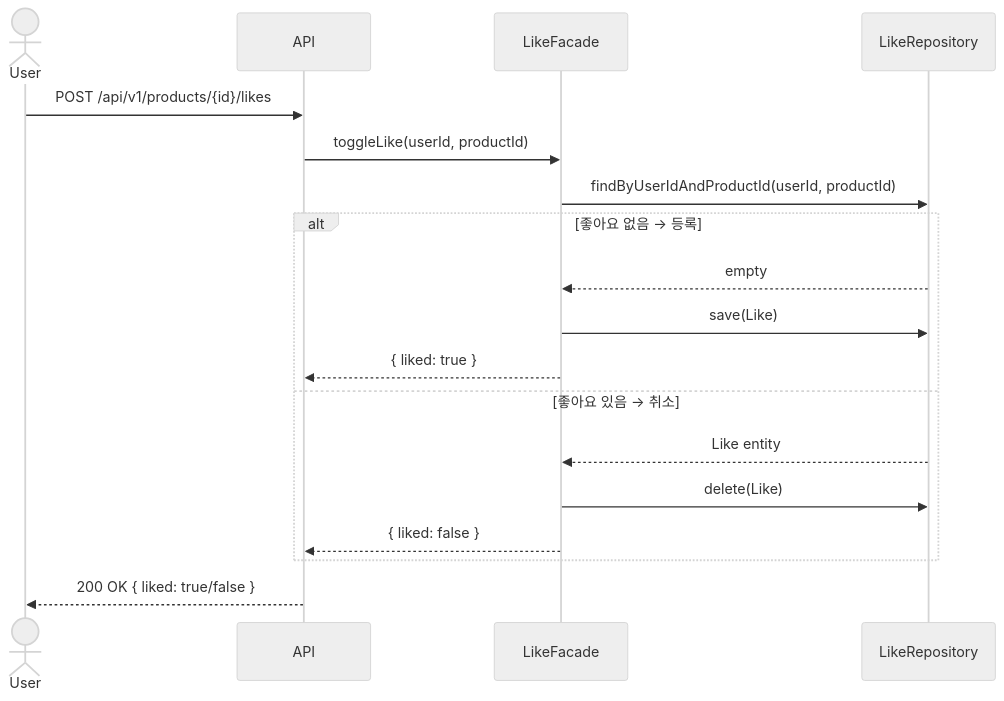
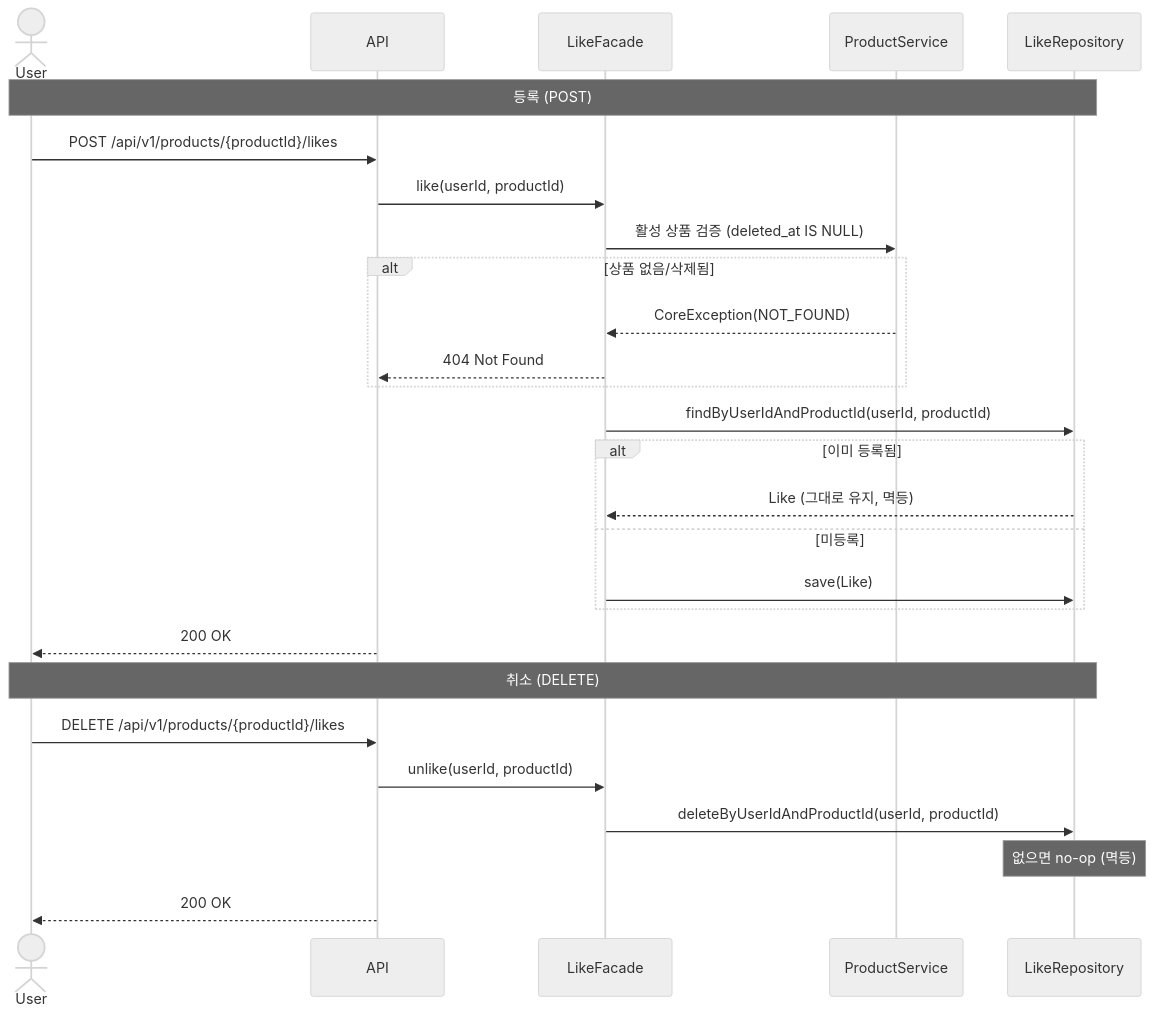
One commit to loopers-labs/loop-pack-be-l2-vol4-java changed the third of 7 diagrams in .docs/design/02-sequence-diagrams.md. Above: the diagram before and after it, drawn with Mermaid (neutral theme). The commit also changed other lines of this file and 3 other files, not shown here.

````diff
--- a/.docs/design/02-sequence-diagrams.md
+++ b/.docs/design/02-sequence-diagrams.md
@@ -120,24 +122,31 @@
 ```mermaid
 sequenceDiagram
     actor User
     participant API
     participant LikeFacade
+    participant ProductService
     participant LikeRepository
 
-    User->>API: POST /api/v1/products/{id}/likes
-    API->>LikeFacade: toggleLike(userId, productId)
+    Note over User, LikeRepository: 등록 (POST)
+    User->>API: POST /api/v1/products/{productId}/likes
+    API->>LikeFacade: like(userId, productId)
+    LikeFacade->>ProductService: 활성 상품 검증 (deleted_at IS NULL)
+    alt 상품 없음/삭제됨
+        ProductService-->>LikeFacade: CoreException(NOT_FOUND)
+        LikeFacade-->>API: 404 Not Found
+    end
+    LikeFacade->>LikeRepository: findByUserIdAndProductId(userId, productId)
+    alt 이미 등록됨
+        LikeRepository-->>LikeFacade: Like (그대로 유지, 멱등)
+    else 미등록
+        LikeFacade->>LikeRepository: save(Like)
+    end
+    API-->>User: 200 OK
 
-    LikeFacade->>LikeRepository: findByUserIdAndProductId(userId, productId)
-
-    alt 좋아요 없음 → 등록
-        LikeRepository-->>LikeFacade: empty
-        LikeFacade->>LikeRepository: save(Like)
-        LikeFacade-->>API: { liked: true }
-    else 좋아요 있음 → 취소
-        LikeRepository-->>LikeFacade: Like entity
-        LikeFacade->>LikeRepository: delete(Like)
-        LikeFacade-->>API: { liked: false }
-    end
-
-    API-->>User: 200 OK { liked: true/false }
+    Note over User, LikeRepository: 취소 (DELETE)
+    User->>API: DELETE /api/v1/products/{productId}/likes
+    API->>LikeFacade: unlike(userId, productId)
+    LikeFacade->>LikeRepository: deleteByUserIdAndProductId(userId, productId)
+    Note over LikeRepository: 없으면 no-op (멱등)
+    API-->>User: 200 OK
 ```
````
